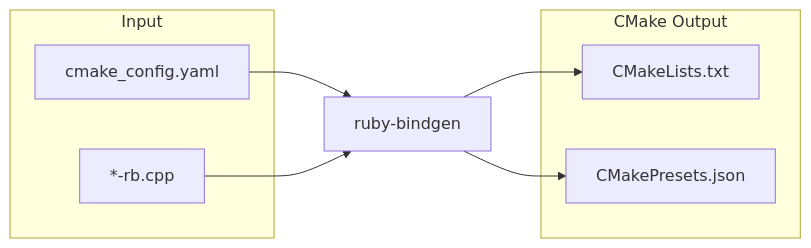
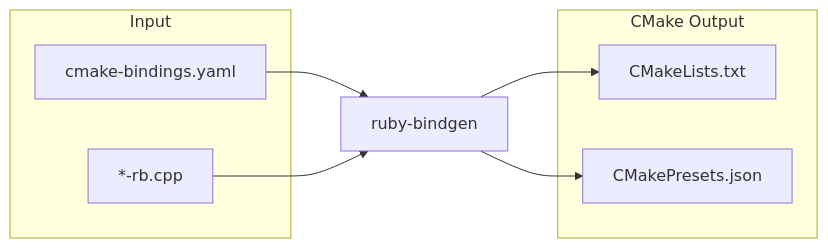
Before and after one commit to ruby-rice/ruby-bindgen: the diagram in docs/cmake_bindings.md, drawn with Mermaid. The commit also changed other lines of this file and 6 other files, not shown here.

````diff
--- a/docs/cmake_bindings.md
+++ b/docs/cmake_bindings.md
@@ -43,16 +47,16 @@
 ``` mermaid
 flowchart LR
     subgraph Input
-        CF["cmake_config.yaml"]
+        CF["cmake-bindings.yaml"]
         S1["*-rb.cpp"]
     end
 
     CF & S1 --> RB["ruby-bindgen"]
 
     subgraph "CMake Output"
         C1["CMakeLists.txt"]
         C2["CMakePresets.json"]
     end
 
     RB --> C1 & C2
 ```
````
